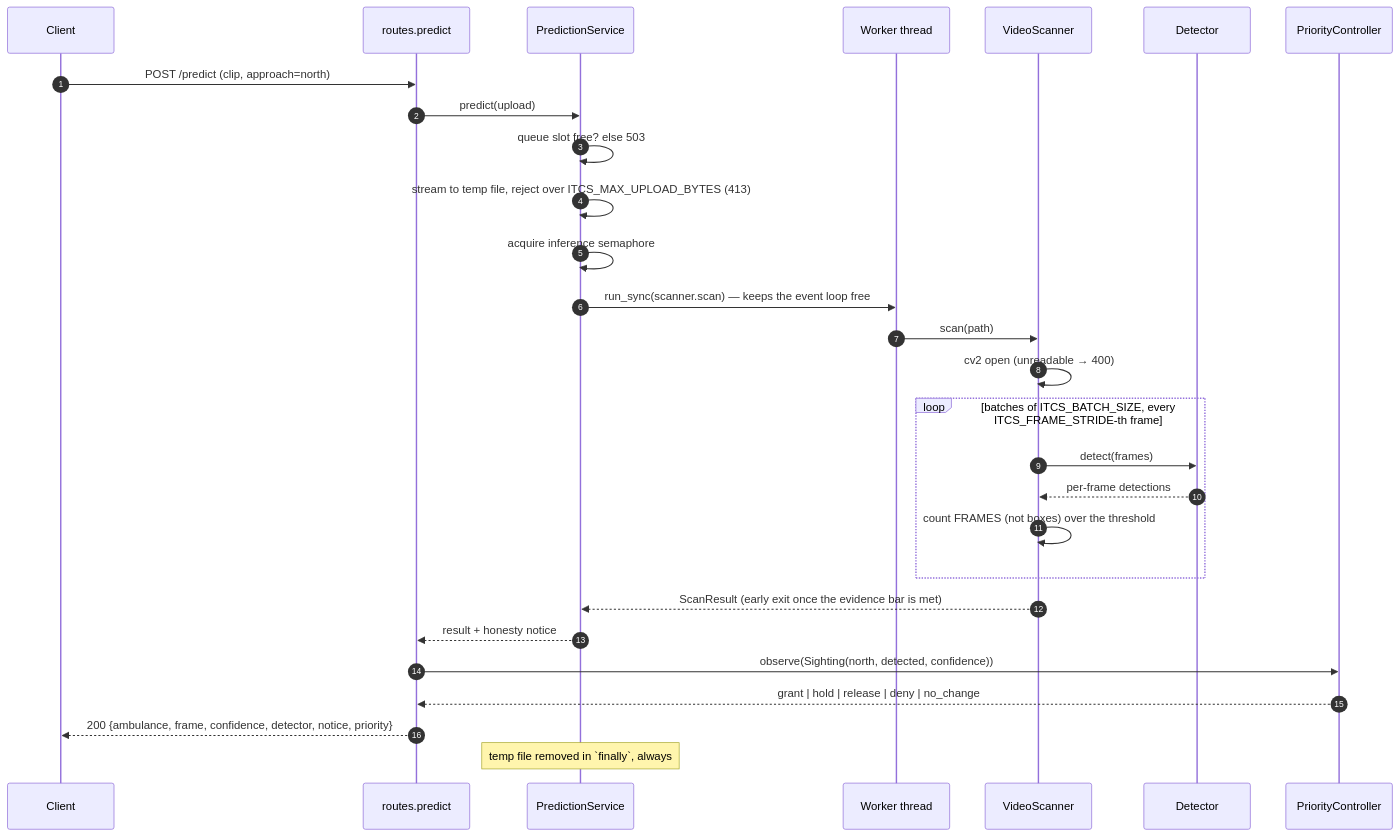
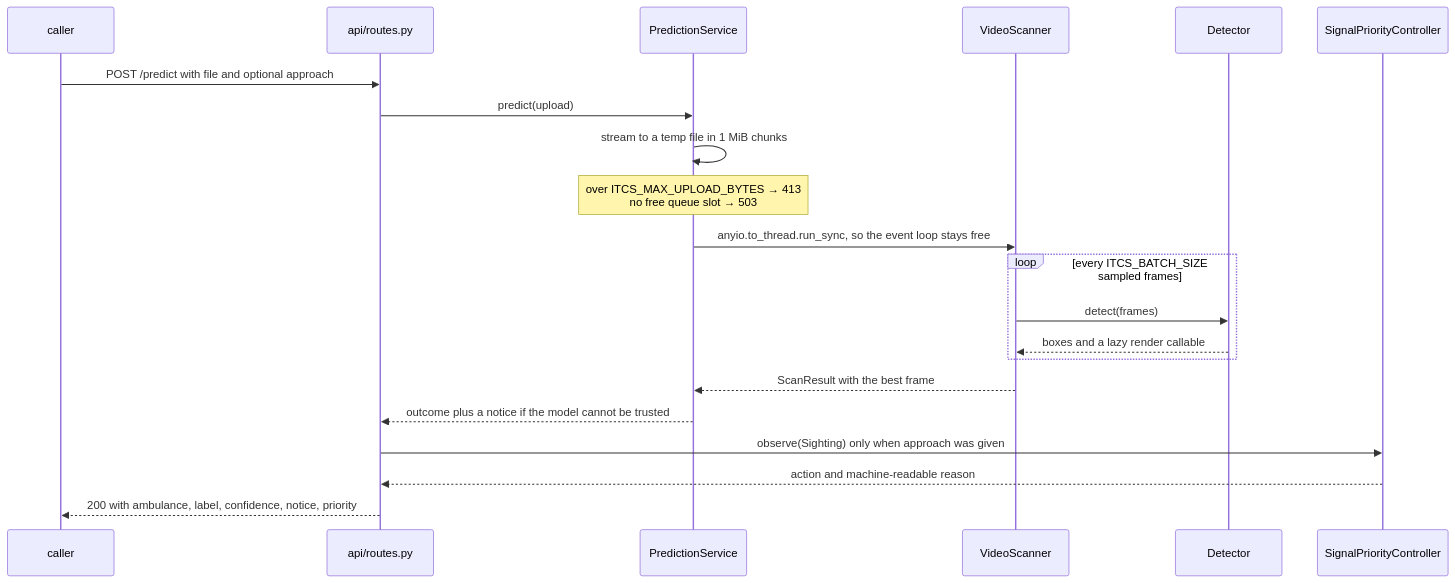
Before and after one commit to dev-sas002/intersection-priority-ai: the first of 2 diagrams in README.md, drawn with Mermaid. The commit also changed other lines of this file, not shown here.

````diff
--- a/README.md
+++ b/README.md
@@ -229,31 +69,23 @@
 ```mermaid
 sequenceDiagram
-    autonumber
-    participant C as Client
-    participant A as routes.predict
-    participant P as PredictionService
-    participant W as Worker thread
-    participant S as VideoScanner
+    participant C as caller
+    participant R as api/routes.py
+    participant S as PredictionService
+    participant V as VideoScanner
     participant D as Detector
-    participant K as PriorityController
-
-    C->>A: POST /predict (clip, approach=north)
-    A->>P: predict(upload)
-    P->>P: queue slot free? else 503
-    P->>P: stream to temp file, reject over ITCS_MAX_UPLOAD_BYTES (413)
-    P->>P: acquire inference semaphore
-    P->>W: run_sync(scanner.scan) — keeps the event loop free
-    W->>S: scan(path)
-    S->>S: cv2 open (unreadable → 400)
-    loop batches of ITCS_BATCH_SIZE, every ITCS_FRAME_STRIDE-th frame
-        S->>D: detect(frames)
-        D-->>S: per-frame detections
-        S->>S: count FRAMES (not boxes) over the threshold
+    participant P as SignalPriorityController
+    C->>R: POST /predict with file and optional approach
+    R->>S: predict(upload)
+    S->>S: stream to a temp file in 1 MiB chunks
+    Note over S: over ITCS_MAX_UPLOAD_BYTES → 413<br/>no free queue slot → 503
+    S->>V: anyio.to_thread.run_sync, so the event loop stays free
+    loop every ITCS_BATCH_SIZE sampled frames
+        V->>D: detect(frames)
+        D-->>V: boxes and a lazy render callable
     end
-    S-->>P: ScanResult (early exit once the evidence bar is met)
-    P-->>A: result + honesty notice
-    A->>K: observe(Sighting(north, detected, confidence))
-    K-->>A: grant | hold | release | deny | no_change
-    A-->>C: 200 {ambulance, frame, confidence, detector, notice, priority}
-    Note over P: temp file removed in `finally`, always
+    V-->>S: ScanResult with the best frame
+    S-->>R: outcome plus a notice if the model cannot be trusted
+    R->>P: observe(Sighting) only when approach was given
+    P-->>R: action and machine-readable reason
+    R-->>C: 200 with ambulance, label, confidence, notice, priority
 ```
````
